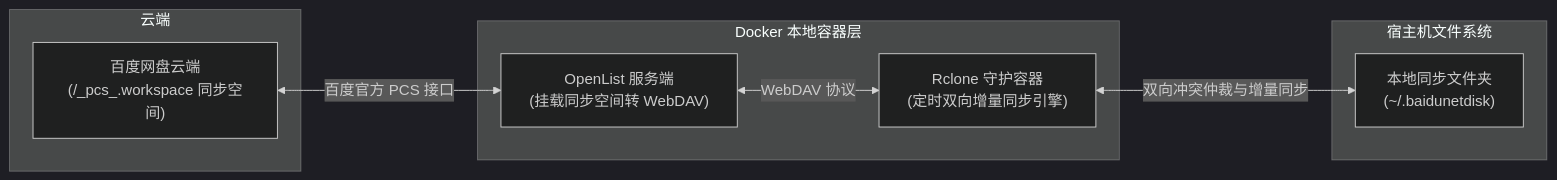
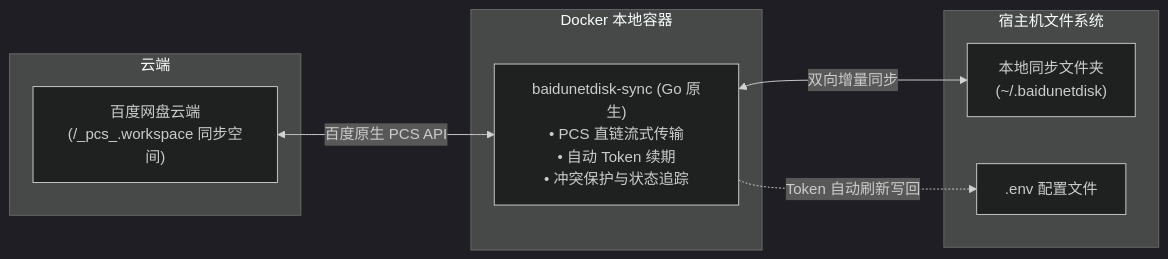
One commit to hydrz/baidunetdisk-sync changed the diagram in README.md. Above: the diagram before and after it, drawn with Mermaid (dark theme). The commit also changed other lines of this file and 16 other files, not shown here.

````diff
--- a/README.md
+++ b/README.md
@@ -5,19 +5,19 @@
 ```mermaid
 flowchart LR
     subgraph 云端
         Baidu["百度网盘云端<br/>(/_pcs_.workspace 同步空间)"]
     end
 
-    subgraph Docker 本地容器层
-        OpenList["OpenList 服务端<br/>(挂载同步空间转 WebDAV)"]
-        Rclone["Rclone 守护容器<br/>(定时双向增量同步引擎)"]
+    subgraph Docker 本地容器
+        App["baidunetdisk-sync (Go 原生)<br/>• PCS 直链流式传输<br/>• 自动 Token 续期<br/>• 冲突保护与状态追踪"]
     end
 
     subgraph 宿主机文件系统
         LocalDir["本地同步文件夹<br/>(~/.baidunetdisk)"]
+        EnvFile[".env 配置文件"]
     end
 
-    Baidu <-->|百度官方 PCS 接口| OpenList
-    OpenList <-->|WebDAV 协议| Rclone
-    Rclone <-->|双向冲突仲裁与增量同步| LocalDir
+    Baidu <-->|百度原生 PCS API| App
+    App <-->|双向增量同步| LocalDir
+    App -.->|Token 自动刷新写回| EnvFile
 ```
````
